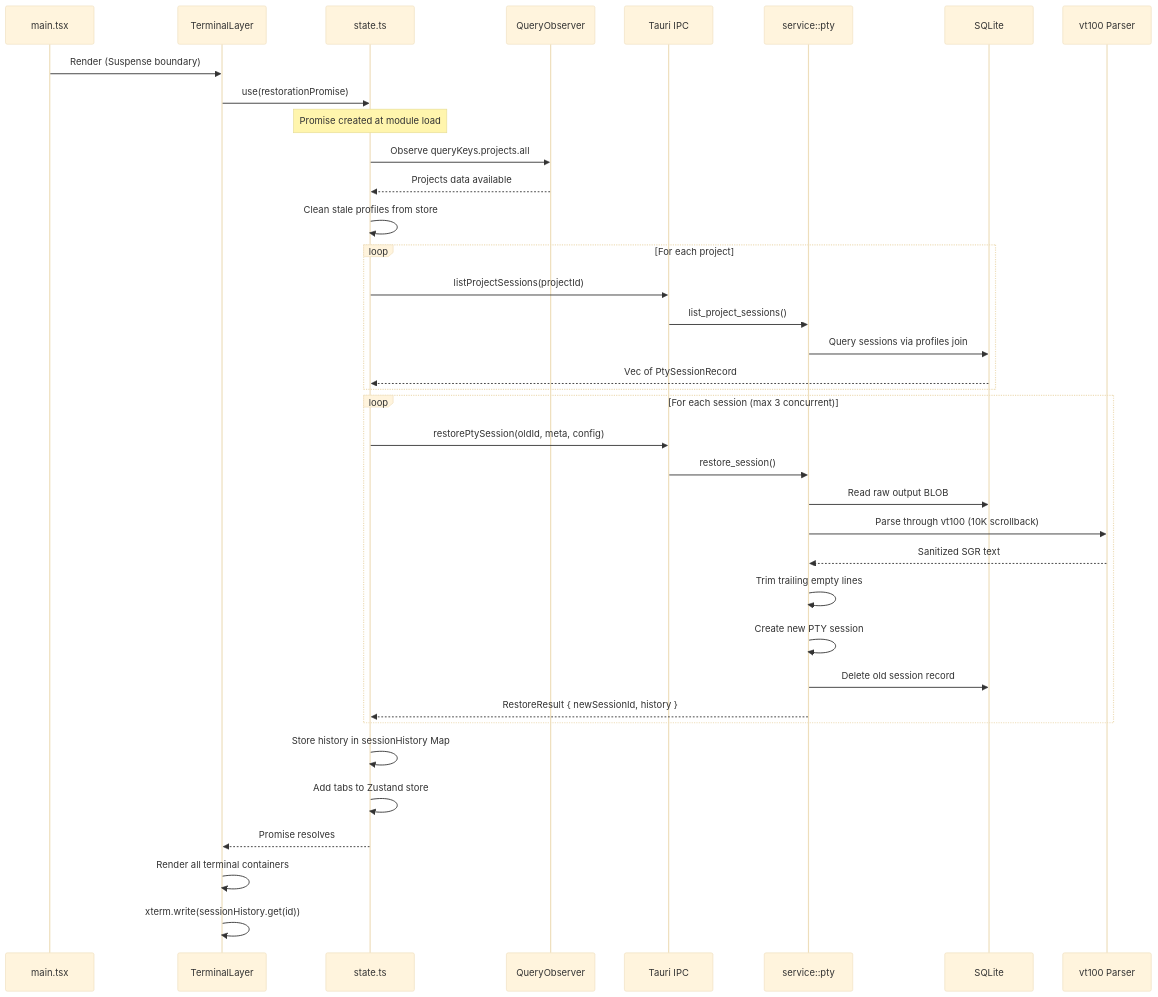
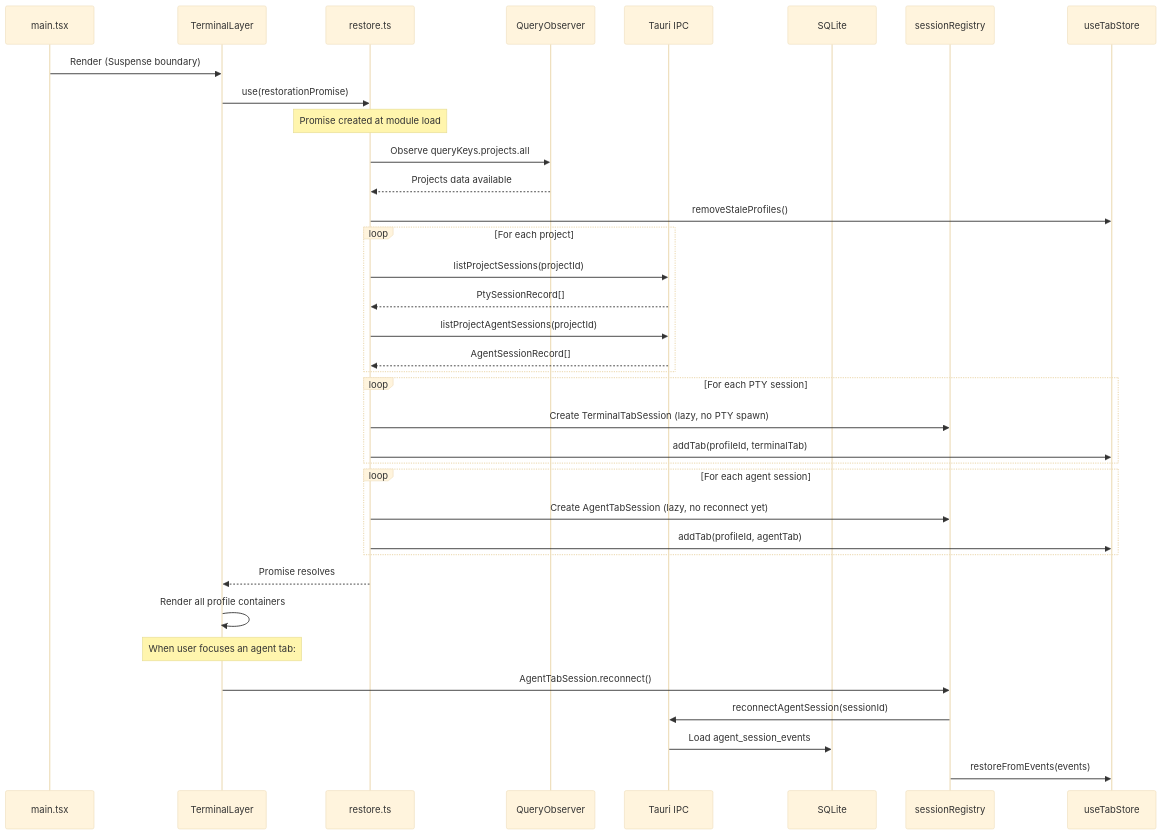
Before and after one commit to AkaraChen/2code: the third of 5 diagrams in docs/data-flow.md, drawn with Mermaid (base theme). The commit also changed other lines of this file and 8 other files, not shown here.

First line of the commit message:
docs: update architecture docs for agent system and unified tab abstraction

````diff
--- a/docs/data-flow.md
+++ b/docs/data-flow.md
@@ -50,45 +104,46 @@
 ```mermaid
 sequenceDiagram
     participant App as main.tsx
     participant Layer as TerminalLayer
-    participant State as state.ts
+    participant Restore as restore.ts
     participant Query as QueryObserver
     participant IPC as Tauri IPC
-    participant Service as service::pty
     participant DB as SQLite
-    participant VT as vt100 Parser
+    participant Registry as sessionRegistry
+    participant Store as useTabStore
 
     App->>Layer: Render (Suspense boundary)
-    Layer->>State: use(restorationPromise)
-    Note over State: Promise created at module load
+    Layer->>Restore: use(restorationPromise)
+    Note over Restore: Promise created at module load
 
-    State->>Query: Observe queryKeys.projects.all
-    Query-->>State: Projects data available
+    Restore->>Query: Observe queryKeys.projects.all
+    Query-->>Restore: Projects data available
 
-    State->>State: Clean stale profiles from store
+    Restore->>Store: removeStaleProfiles()
 
     loop For each project
-        State->>IPC: listProjectSessions(projectId)
-        IPC->>Service: list_project_sessions()
-        Service->>DB: Query sessions via profiles join
-        DB-->>State: Vec of PtySessionRecord
+        Restore->>IPC: listProjectSessions(projectId)
+        IPC-->>Restore: PtySessionRecord[]
+        Restore->>IPC: listProjectAgentSessions(projectId)
+        IPC-->>Restore: AgentSessionRecord[]
     end
 
-    loop For each session (max 3 concurrent)
-        State->>IPC: restorePtySession(oldId, meta, config)
-        IPC->>Service: restore_session()
-        Service->>DB: Read raw output BLOB
-        Service->>VT: Parse through vt100 (10K scrollback)
-        VT-->>Service: Sanitized SGR text
-        Service->>Service: Trim trailing empty lines
-        Service->>Service: Create new PTY session
-        Service->>DB: Delete old session record
-        Service-->>State: RestoreResult { newSessionId, history }
+    loop For each PTY session
+        Restore->>Registry: Create TerminalTabSession (lazy, no PTY spawn)
+        Restore->>Store: addTab(profileId, terminalTab)
     end
 
-    State->>State: Store history in sessionHistory Map
-    State->>State: Add tabs to Zustand store
-    State-->>Layer: Promise resolves
-    Layer->>Layer: Render all terminal containers
-    Layer->>Layer: xterm.write(sessionHistory.get(id))
+    loop For each agent session
+        Restore->>Registry: Create AgentTabSession (lazy, no reconnect yet)
+        Restore->>Store: addTab(profileId, agentTab)
+    end
+
+    Restore-->>Layer: Promise resolves
+    Layer->>Layer: Render all profile containers
+
+    Note over Layer: When user focuses an agent tab:
+    Layer->>Registry: AgentTabSession.reconnect()
+    Registry->>IPC: reconnectAgentSession(sessionId)
+    IPC->>DB: Load agent_session_events
+    Registry->>Store: restoreFromEvents(events)
 ```
````
